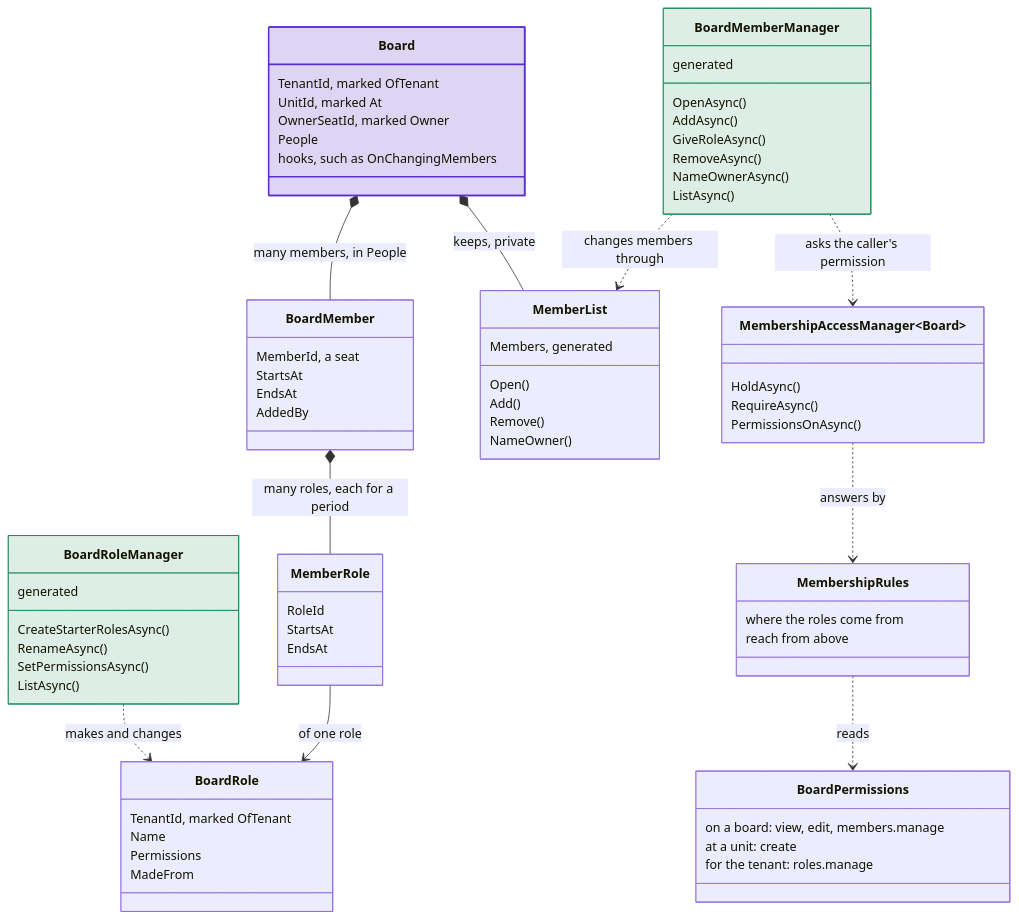
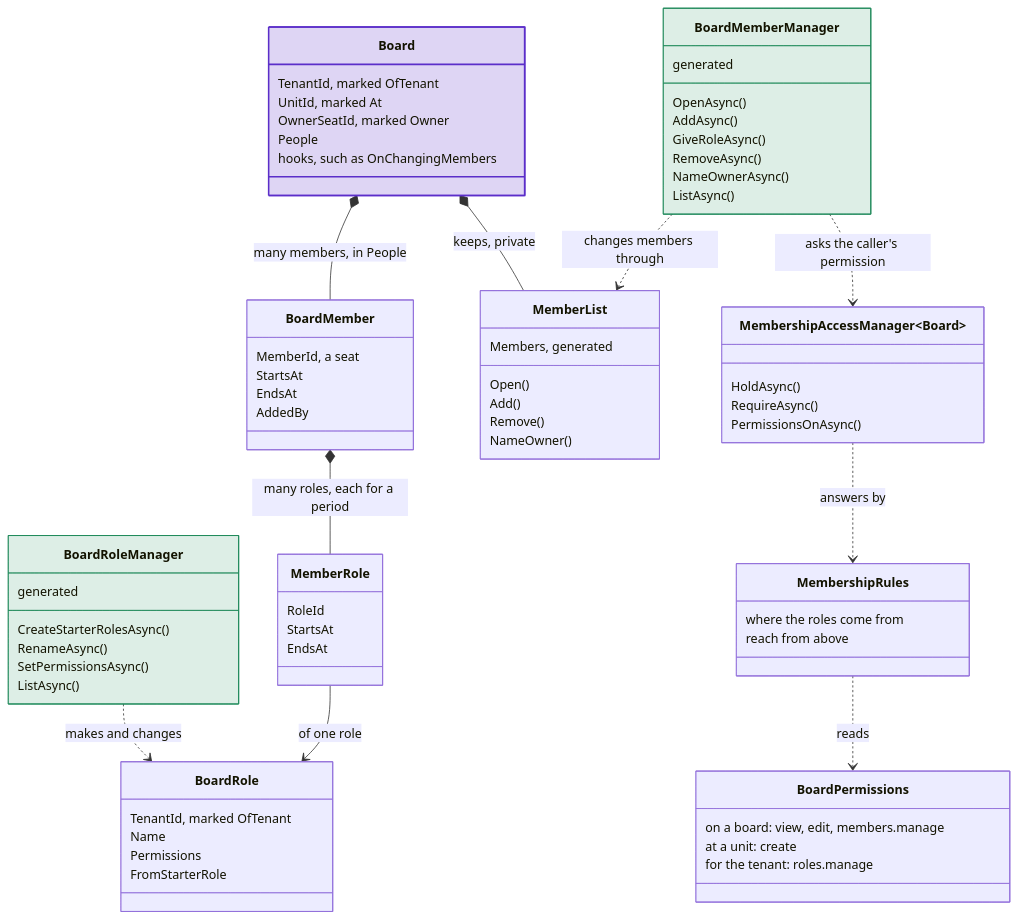
One commit to DylanSnel/DDDToolkit changed the first of 2 diagrams in docs/membership/overview.md. Above: the diagram before and after it, drawn with Mermaid. The commit also changed 38 other files, not shown here.

First line of the commit message:
Membership: MadeFrom becomes FromStarterRole, the word Tenancy uses

````diff
--- a/docs/membership/overview.md
+++ b/docs/membership/overview.md
@@ -76,79 +76,79 @@
 ```mermaid
 classDiagram
     direction TB
     class Board {
         TenantId, marked OfTenant
         UnitId, marked At
         OwnerSeatId, marked Owner
         People
         hooks, such as OnChangingMembers
     }
     class MemberList {
         Members, generated
         Open()
         Add()
         Remove()
         NameOwner()
     }
     class BoardMemberManager {
         generated
         OpenAsync()
         AddAsync()
         GiveRoleAsync()
         RemoveAsync()
         NameOwnerAsync()
         ListAsync()
     }
     class BoardRoleManager {
         generated
         CreateStarterRolesAsync()
         RenameAsync()
         SetPermissionsAsync()
         ListAsync()
     }
     class BoardMember {
         MemberId, a seat
         StartsAt
         EndsAt
         AddedBy
     }
     class MemberRole {
         RoleId
         StartsAt
         EndsAt
     }
     class BoardRole {
         TenantId, marked OfTenant
         Name
         Permissions
-        MadeFrom
+        FromStarterRole
     }
     class BoardPermissions {
         on a board: view, edit, members.manage
         at a unit: create
         for the tenant: roles.manage
     }
     class MembershipRules {
         where the roles come from
         reach from above
     }
     class MembershipAccessManager~Board~ {
         HoldAsync()
         RequireAsync()
         PermissionsOnAsync()
     }
     Board *-- BoardMember : many members, in People
     Board *-- MemberList : keeps, private
     BoardMember *-- MemberRole : many roles, each for a period
     MemberRole --> BoardRole : of one role
     BoardMemberManager ..> MemberList : changes members through
     BoardMemberManager ..> MembershipAccessManager : asks the caller's permission
     BoardRoleManager ..> BoardRole : makes and changes
     MembershipRules ..> BoardPermissions : reads
     MembershipAccessManager ..> MembershipRules : answers by
     class Board:::strong
     class BoardMemberManager:::good
     class BoardRoleManager:::good
     classDef strong fill:#5b2ec933,stroke:#5b2ec9,stroke-width:2px
     classDef good fill:#1f8a5b26,stroke:#1f8a5b
 ```
````
